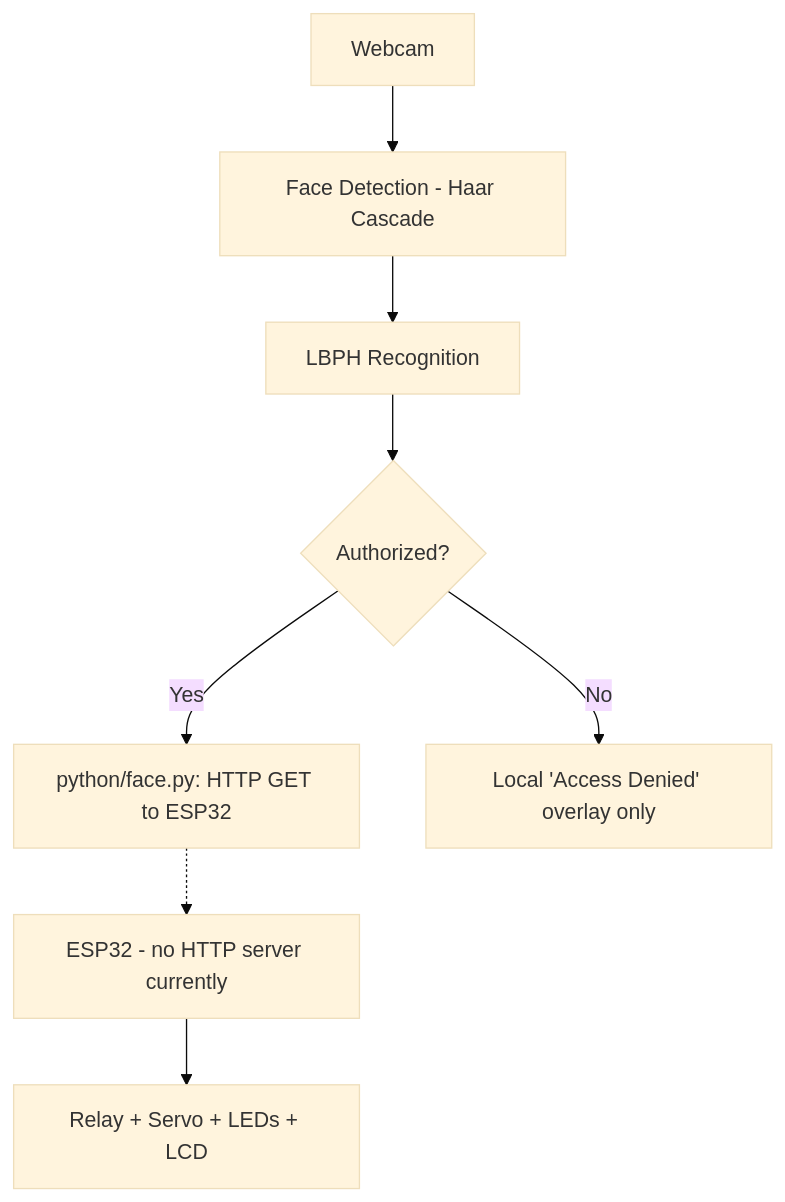
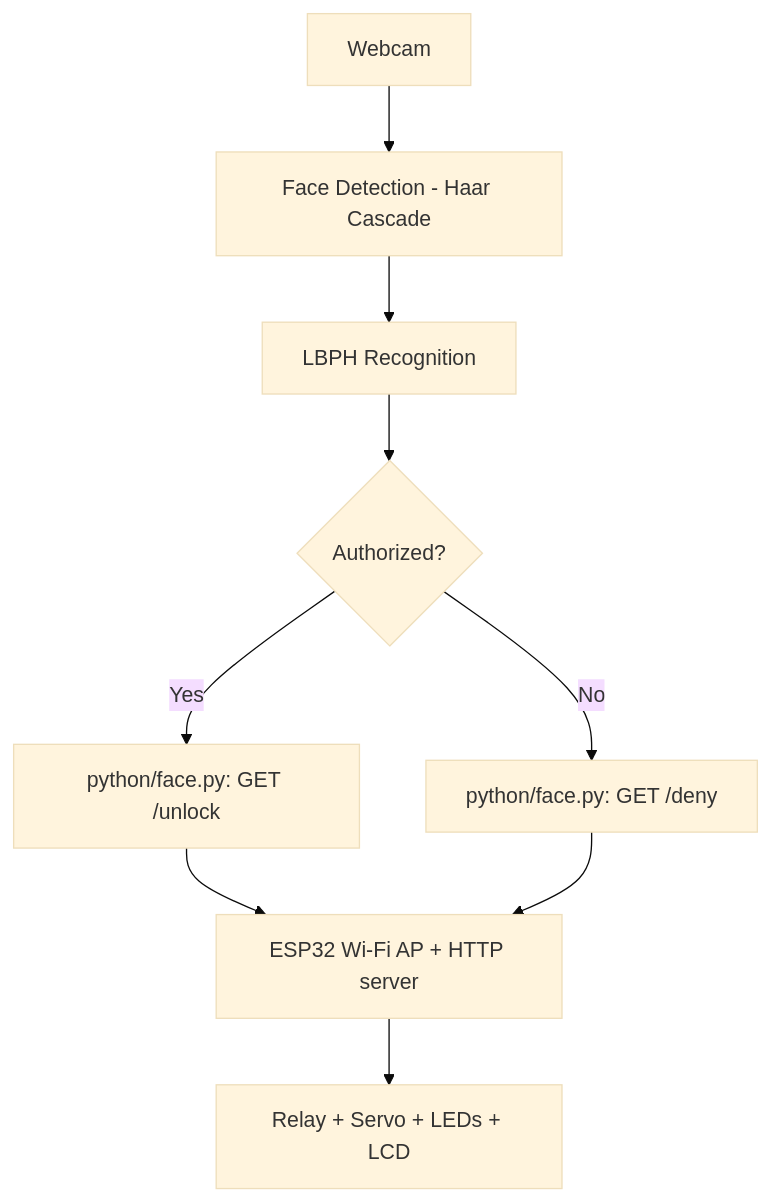
Before and after one commit to Harsh-max-jpg/smart-door-unlocking-system: the diagram in README.md, drawn with Mermaid (base theme). The commit also changed other lines of this file and 4 other files, not shown here.

Commit message:
Fix HTTP/Serial communication gap between face.py and ESP32 firmware

````diff
--- a/README.md
+++ b/README.md
@@ -45,10 +44,11 @@
 ```mermaid
 flowchart TD
     A[Webcam] --> B[Face Detection - Haar Cascade]
     B --> C[LBPH Recognition]
     C --> D{Authorized?}
-    D -->|Yes| E[python/face.py: HTTP GET to ESP32]
-    D -->|No| F[Local 'Access Denied' overlay only]
-    E -.-> G[ESP32 - no HTTP server currently]
+    D -->|Yes| E["python/face.py: GET /unlock"]
+    D -->|No| F["python/face.py: GET /deny"]
+    E --> G[ESP32 Wi-Fi AP + HTTP server]
+    F --> G
     G --> H[Relay + Servo + LEDs + LCD]
 ```
````
